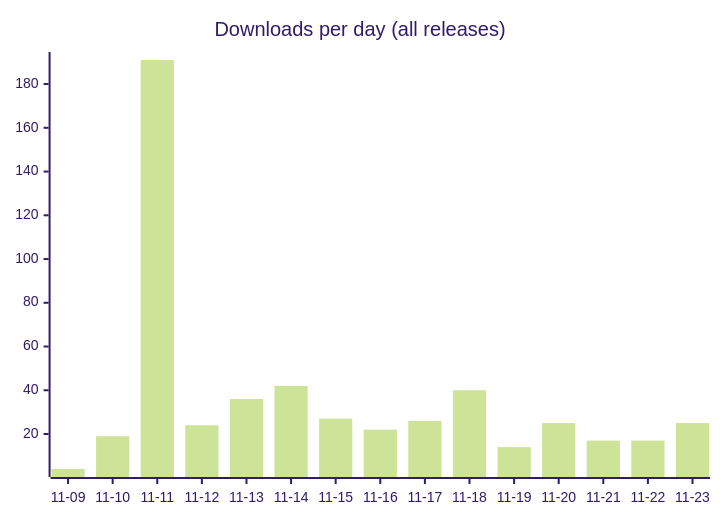
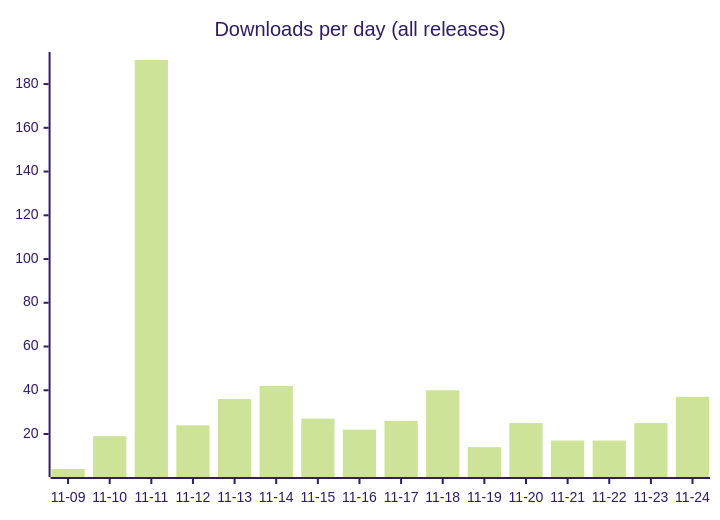
Before and after one commit to fmadore/Live-translation: the first of 2 diagrams in README.md, drawn with Mermaid (forest theme). The commit also changed other lines of this file and 3 other files, not shown here.

````diff
--- a/README.md
+++ b/README.md
@@ -56,6 +57,6 @@
 ```mermaid
 xychart-beta
     title "Downloads per day (all releases)"
-    x-axis ["11-09", "11-10", "11-11", "11-12", "11-13", "11-14", "11-15", "11-16", "11-17", "11-18", "11-19", "11-20", "11-21", "11-22", "11-23"]
-    bar [4, 19, 191, 24, 36, 42, 27, 22, 26, 40, 14, 25, 17, 17, 25]
+    x-axis ["11-09", "11-10", "11-11", "11-12", "11-13", "11-14", "11-15", "11-16", "11-17", "11-18", "11-19", "11-20", "11-21", "11-22", "11-23", "11-24"]
+    bar [4, 19, 191, 24, 36, 42, 27, 22, 26, 40, 14, 25, 17, 17, 25, 37]
 ```
````
